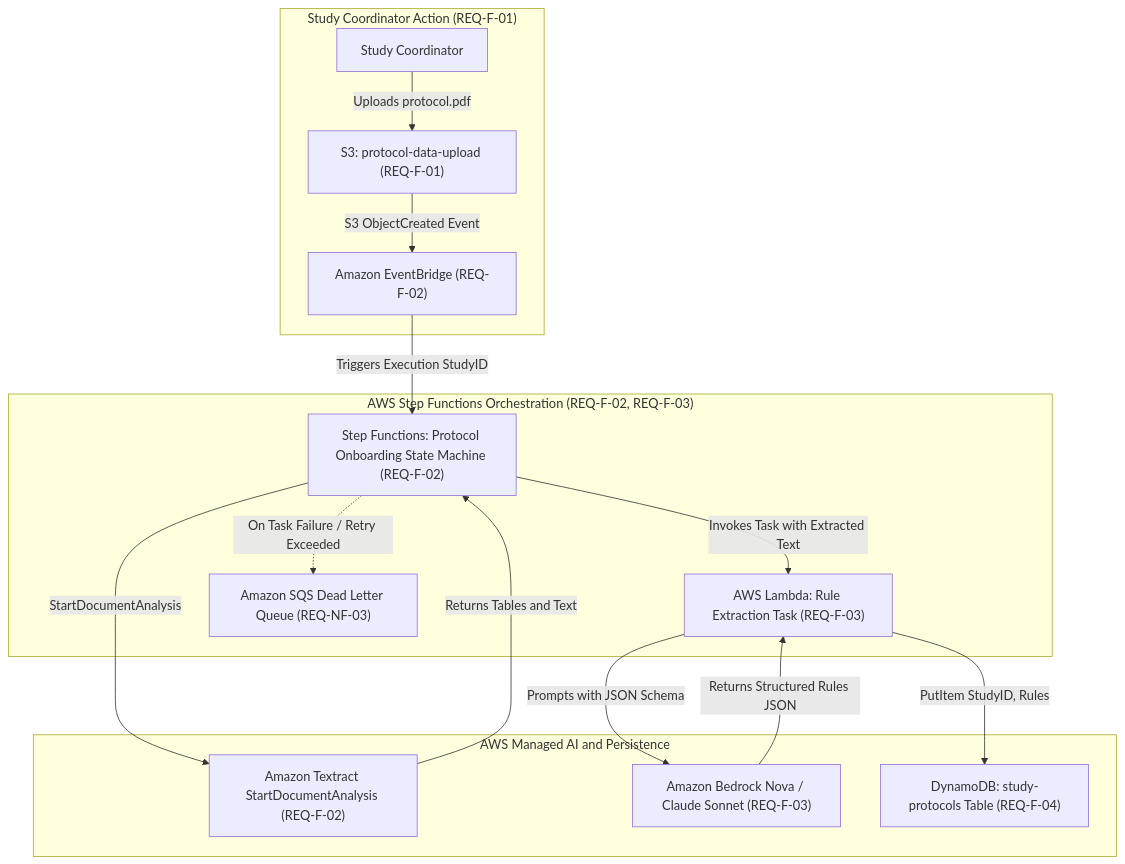
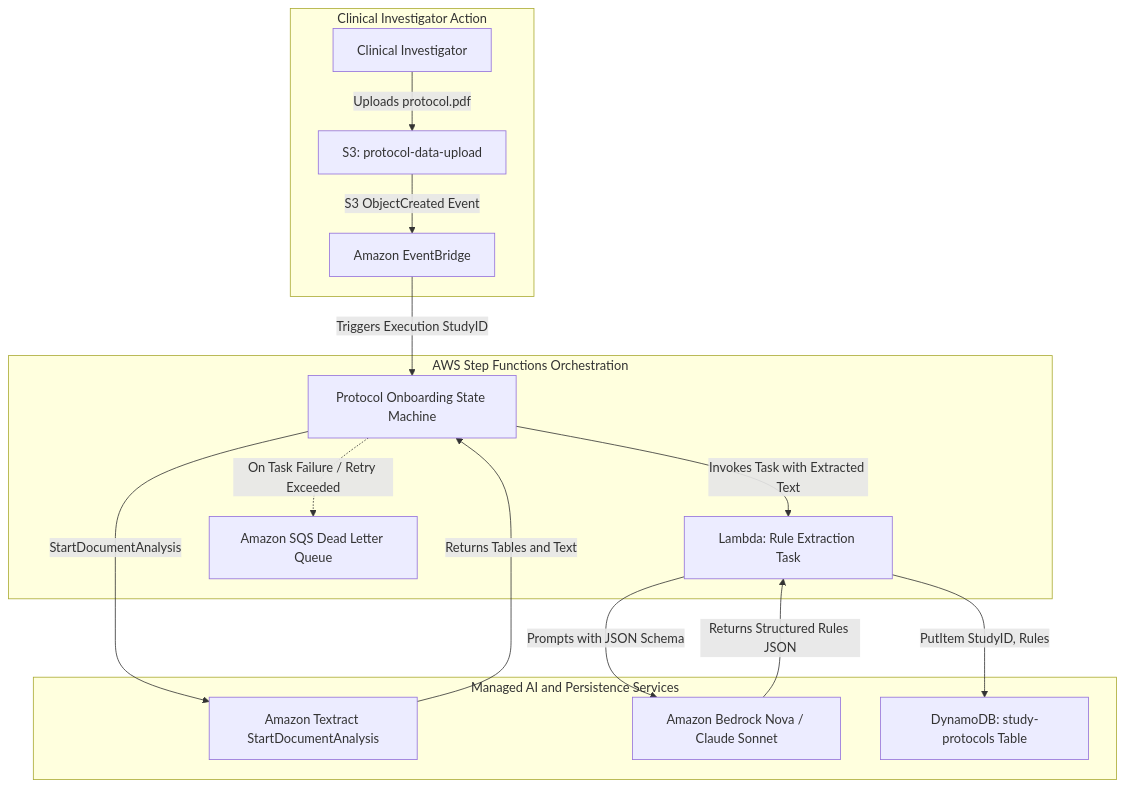
One commit to skarj/aws-solution-medical-agent changed the second of 6 diagrams in Architecture.md. Above: the diagram before and after it, drawn with Mermaid. The commit also changed other lines of this file and 5 other files, not shown here.

Commit message:
Remove tags from diagrams, change persona name

````diff
--- a/Architecture.md
+++ b/Architecture.md
@@ -43,31 +43,31 @@
 ```mermaid
 graph TD
-    subgraph Coordinator_Tier ["Study Coordinator Action (REQ-F-01)"]
-        USER["Study Coordinator"]
-        S3_PROTO["S3: protocol-data-upload (REQ-F-01)"]
-        EV_BRIDGE["Amazon EventBridge (REQ-F-02)"]
+    subgraph Coordinator_Tier ["Clinical Investigator Action"]
+        USER["Clinical Investigator"]
+        S3_PROTO["S3: protocol-data-upload"]
+        EV_BRIDGE["Amazon EventBridge"]
     end
 
-    subgraph Step_Functions_Tier ["AWS Step Functions Orchestration (REQ-F-02, REQ-F-03)"]
-        SFN_PROTO["Step Functions: Protocol Onboarding State Machine (REQ-F-02)"]
-        LAMBDA_STRUCT["AWS Lambda: Rule Extraction Task (REQ-F-03)"]
-        SQS_DLQ["Amazon SQS Dead Letter Queue (REQ-NF-03)"]
+    subgraph Step_Functions_Tier ["AWS Step Functions Orchestration"]
+        SFN_PROTO["Protocol Onboarding State Machine"]
+        LAMBDA_STRUCT["Lambda: Rule Extraction Task"]
+        SQS_DLQ["Amazon SQS Dead Letter Queue"]
     end
 
-    subgraph External_Services ["AWS Managed AI and Persistence"]
-        TEXTRACT["Amazon Textract StartDocumentAnalysis (REQ-F-02)"]
-        BEDROCK_LLM["Amazon Bedrock Nova / Claude Sonnet (REQ-F-03)"]
-        DDB_PROTO["DynamoDB: study-protocols Table (REQ-F-04)"]
+    subgraph External_Services ["Managed AI and Persistence Services"]
+        TEXTRACT["Amazon Textract StartDocumentAnalysis"]
+        BEDROCK_LLM["Amazon Bedrock Nova / Claude Sonnet"]
+        DDB_PROTO["DynamoDB: study-protocols Table"]
     end
 
     USER -->|"Uploads protocol.pdf"| S3_PROTO
     S3_PROTO -->|"S3 ObjectCreated Event"| EV_BRIDGE
     EV_BRIDGE -->|"Triggers Execution StudyID"| SFN_PROTO
     SFN_PROTO -->|"StartDocumentAnalysis"| TEXTRACT
     TEXTRACT -->|"Returns Tables and Text"| SFN_PROTO
     SFN_PROTO -->|"Invokes Task with Extracted Text"| LAMBDA_STRUCT
     LAMBDA_STRUCT -->|"Prompts with JSON Schema"| BEDROCK_LLM
     BEDROCK_LLM -->|"Returns Structured Rules JSON"| LAMBDA_STRUCT
     LAMBDA_STRUCT -->|"PutItem StudyID, Rules"| DDB_PROTO
     SFN_PROTO -.->|"On Task Failure / Retry Exceeded"| SQS_DLQ
 ```
````
